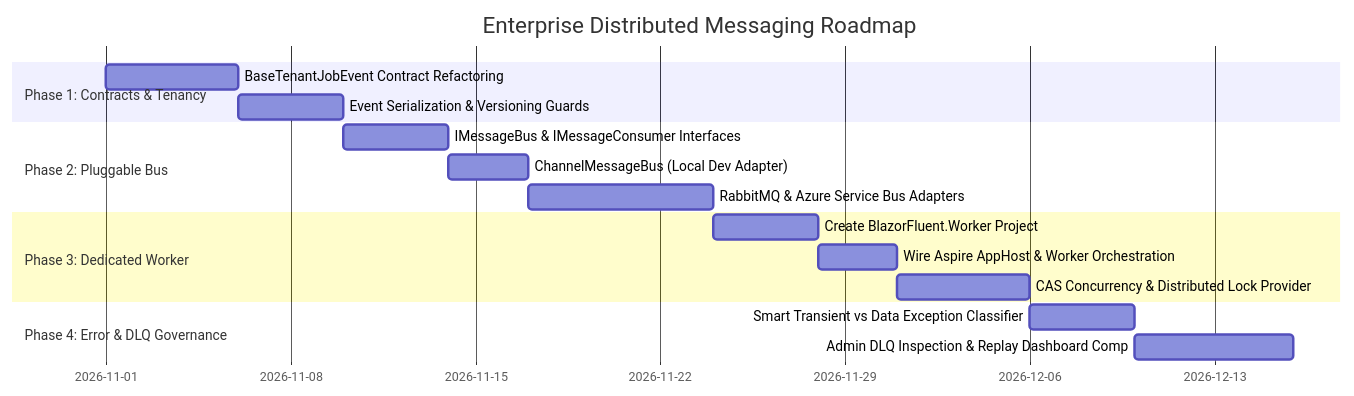
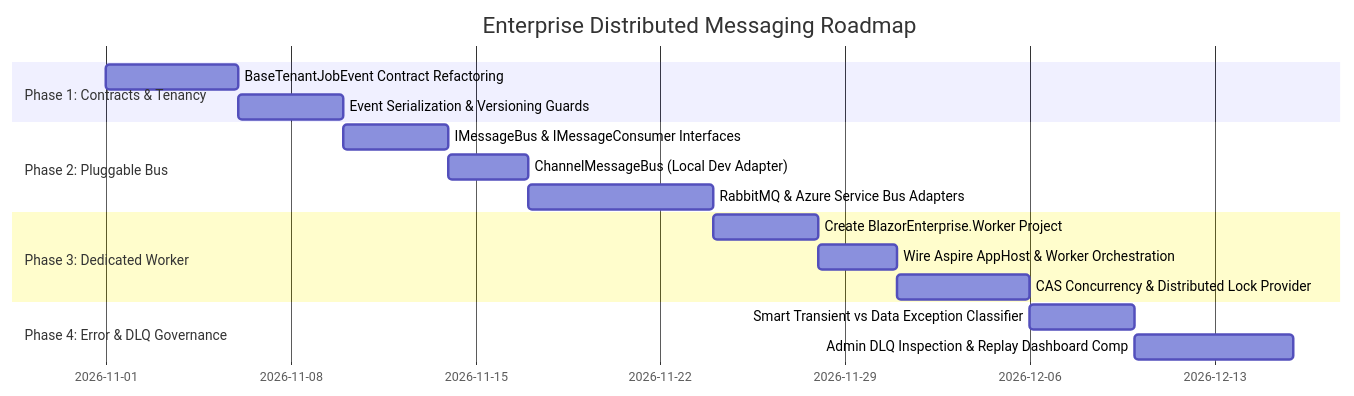
The third of 3 diagrams in docs/enterprise_distributed_worker_and_messaging_roadmap.md (cheriansk/blazor-fluent), drawn with Mermaid before and after one commit. The commit also changed other lines of this file and 1219 other files, not shown here.

````diff
--- a/docs/enterprise_distributed_worker_and_messaging_roadmap.md
+++ b/docs/enterprise_distributed_worker_and_messaging_roadmap.md
@@ -210,19 +210,19 @@
 ```mermaid
 gantt
     title Enterprise Distributed Messaging Roadmap
     dateFormat  YYYY-MM-DD
     section Phase 1: Contracts & Tenancy
     BaseTenantJobEvent Contract Refactoring       :p1_1, 2026-11-01, 5d
     Event Serialization & Versioning Guards       :p1_2, after p1_1, 4d
     section Phase 2: Pluggable Bus
     IMessageBus & IMessageConsumer Interfaces    :p2_1, after p1_2, 4d
     ChannelMessageBus (Local Dev Adapter)         :p2_2, after p2_1, 3d
     RabbitMQ & Azure Service Bus Adapters         :p2_3, after p2_2, 7d
     section Phase 3: Dedicated Worker
-    Create BlazorFluent.Worker Project            :p3_1, after p2_3, 4d
+    Create BlazorEnterprise.Worker Project            :p3_1, after p2_3, 4d
     Wire Aspire AppHost & Worker Orchestration    :p3_2, after p3_1, 3d
     CAS Concurrency & Distributed Lock Provider  :p3_3, after p3_2, 5d
     section Phase 4: Error & DLQ Governance
     Smart Transient vs Data Exception Classifier  :p4_1, after p3_3, 4d
     Admin DLQ Inspection & Replay Dashboard Comp  :p4_2, after p4_1, 6d
 ```
````
